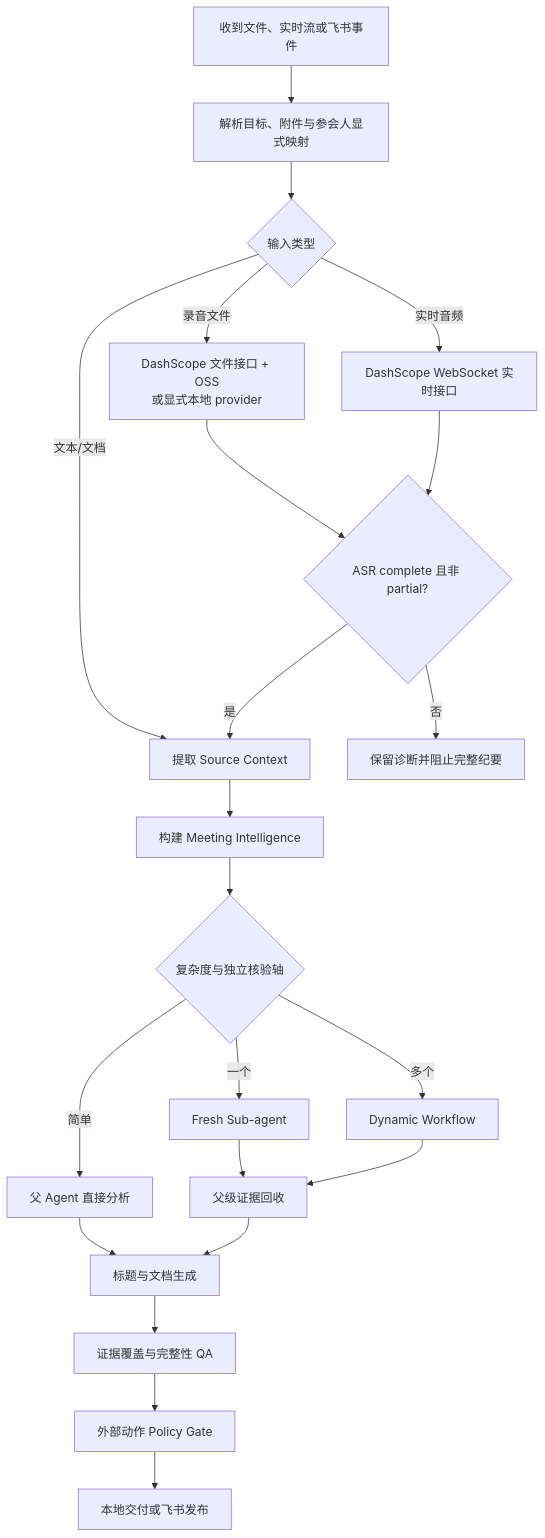
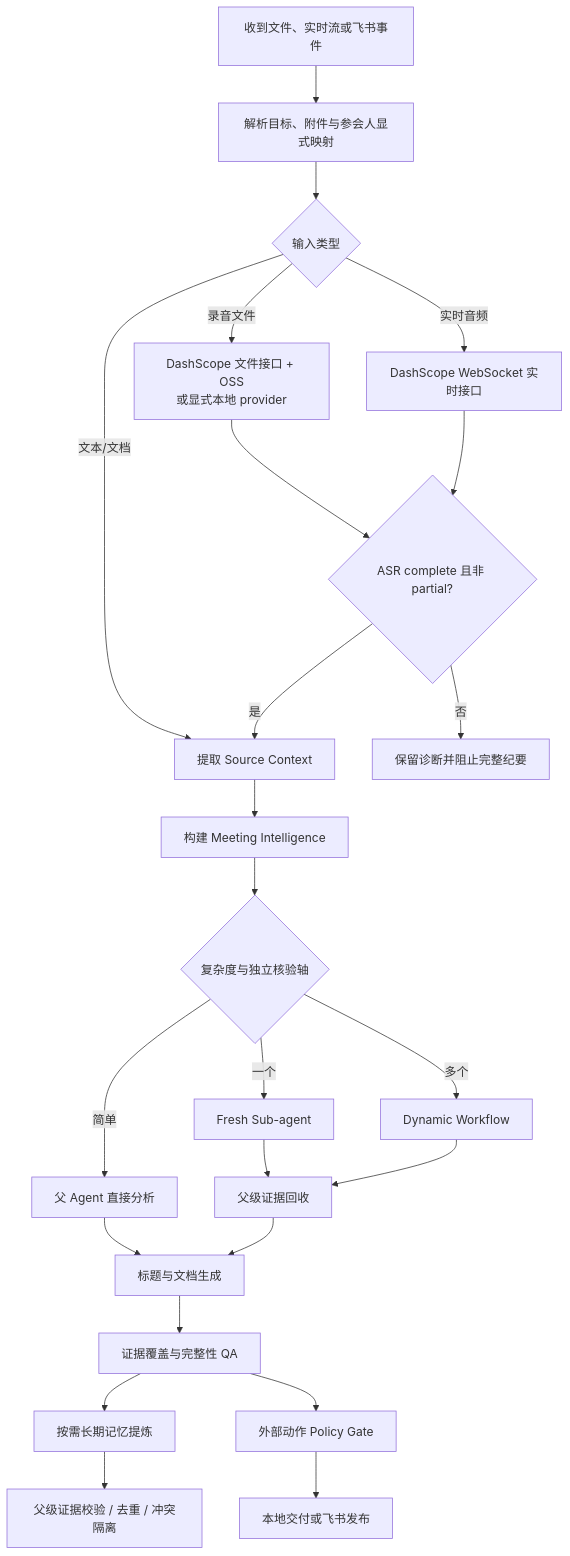
The fourth of 9 diagrams in wiki/02-agent-architecture.md (DESONGs/assignment-agent), drawn with Mermaid before and after one commit. The commit also changed other lines of this file and 53 other files, not shown here.

````diff
--- a/wiki/02-agent-architecture.md
+++ b/wiki/02-agent-architecture.md
@@ -109,24 +111,26 @@
 ```mermaid
 flowchart TD
     Start["收到文件、实时流或飞书事件"] --> Parse["解析目标、附件与参会人显式映射"]
     Parse --> Kind{"输入类型"}
     Kind -->|录音文件| FileASR["DashScope 文件接口 + OSS\n或显式本地 provider"]
     Kind -->|实时音频| StreamASR["DashScope WebSocket 实时接口"]
     Kind -->|文本/文档| Evidence["提取 Source Context"]
     FileASR --> Complete{"ASR complete 且非 partial?"}
     StreamASR --> Complete
     Complete -->|否| Block["保留诊断并阻止完整纪要"]
     Complete -->|是| Evidence
     Evidence --> MI["构建 Meeting Intelligence"]
     MI --> Delegate{"复杂度与独立核验轴"}
     Delegate -->|简单| Direct["父 Agent 直接分析"]
     Delegate -->|一个| One["Fresh Sub-agent"]
     Delegate -->|多个| Many["Dynamic Workflow"]
     One --> Reconcile["父级证据回收"]
     Many --> Reconcile
     Direct --> Draft["标题与文档生成"]
     Reconcile --> Draft
     Draft --> QA["证据覆盖与完整性 QA"]
+    QA --> Curator["按需长期记忆提炼"]
+    Curator --> ParentMemory["父级证据校验 / 去重 / 冲突隔离"]
     QA --> Policy["外部动作 Policy Gate"]
     Policy --> Deliver["本地交付或飞书发布"]
 ```
````
